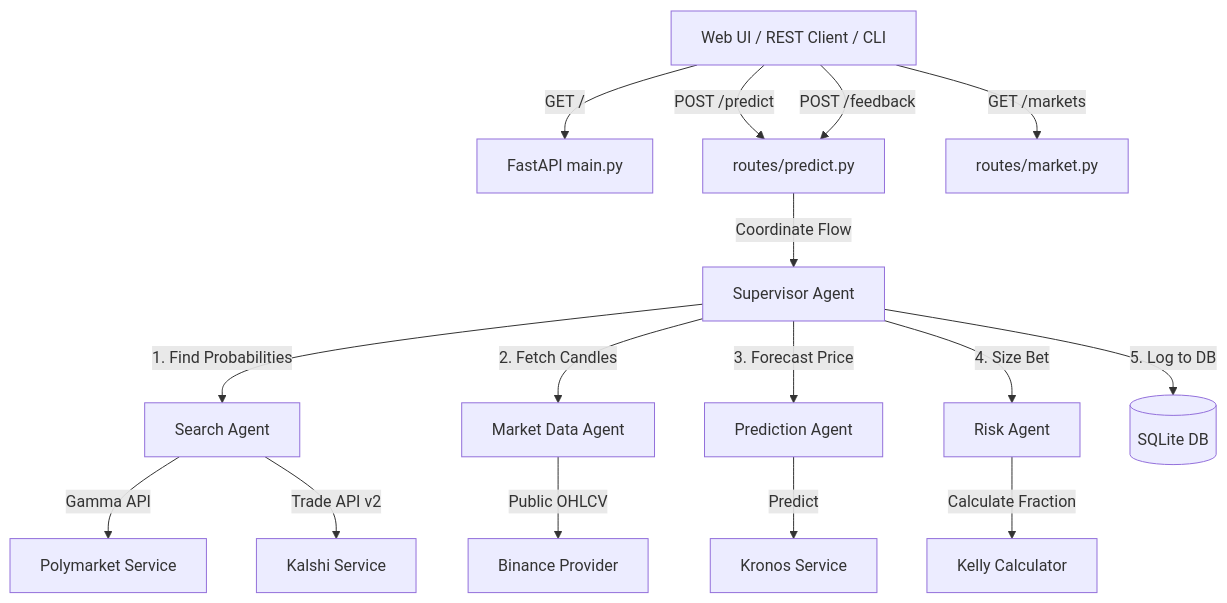
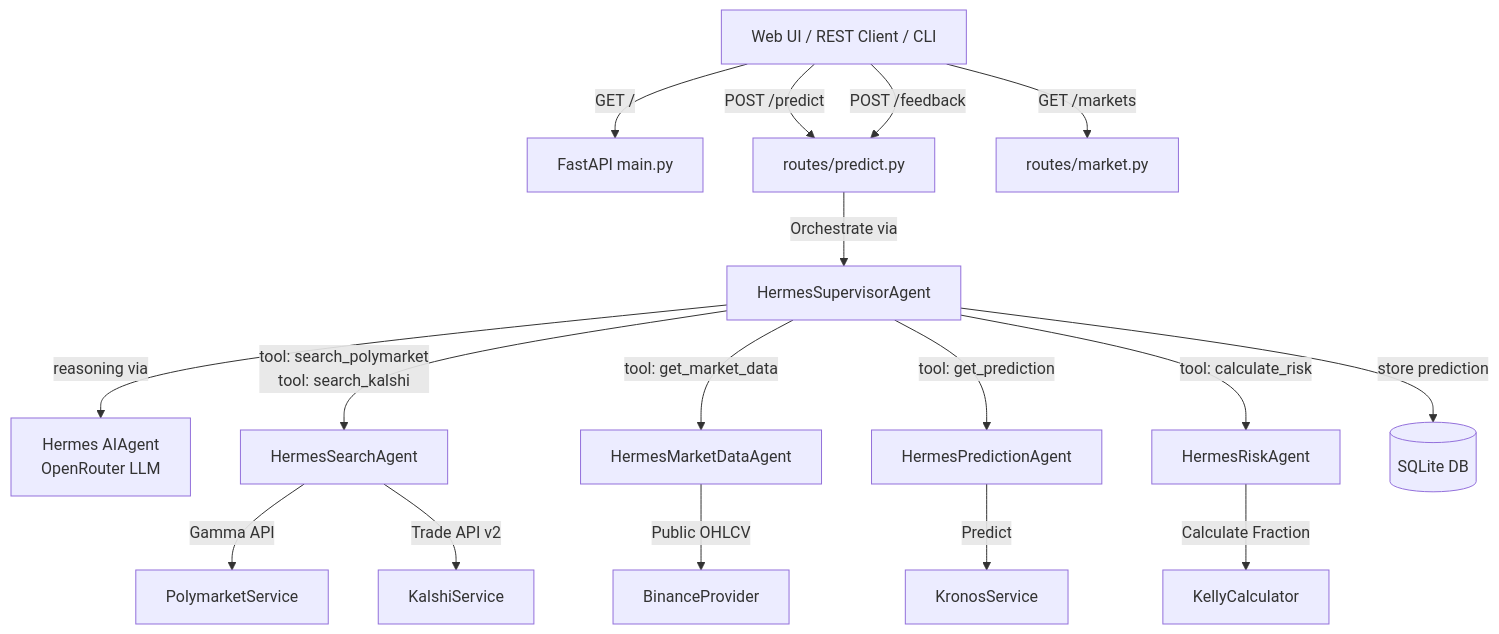
Before and after one commit to utkarshgupta188/CWT-Prediction: the diagram in ARCHITECTURE.md, drawn with Mermaid. The commit also changed other lines of this file and 25 other files, not shown here.

Commit message:
refactor: integrate Hermes Agent Framework into crypto prediction pipeline * introduce HermesSupervisorAgent for orchestration * create Hermes-registered tool wrappers for market data, prediction, risk, and search functionality * update system architecture to reflect new Hermes-based design

````diff
--- a/ARCHITECTURE.md
+++ b/ARCHITECTURE.md
@@ -11,24 +11,22 @@
 ```mermaid
 graph TD
     Client[Web UI / REST Client / CLI] -->|GET / | MainApp[FastAPI main.py]
     Client -->|POST /predict | PredictRoute[routes/predict.py]
     Client -->|GET /markets | MarketRoute[routes/market.py]
     Client -->|POST /feedback | PredictRoute
+
+    PredictRoute -->|Orchestrate via | HermesSup[HermesSupervisorAgent]
+    HermesSup -->|reasoning via| AIAgent[Hermes AIAgent<br/>OpenRouter LLM]
+    HermesSup -->|tool: search_polymarket<br/>tool: search_kalshi| Search[HermesSearchAgent]
+    HermesSup -->|tool: get_market_data| MarketData[HermesMarketDataAgent]
+    HermesSup -->|tool: get_prediction| PredictAgent[HermesPredictionAgent]
+    HermesSup -->|tool: calculate_risk| Risk[HermesRiskAgent]
     
-    PredictRoute -->|Coordinate Flow | Supervisor[Supervisor Agent]
+    Search -->|Gamma API| Polymarket[PolymarketService]
+    Search -->|Trade API v2| Kalshi[KalshiService]
+    MarketData -->|Public OHLCV| Binance[BinanceProvider]
+    PredictAgent -->|Predict| Kronos[KronosService]
+    Risk -->|Calculate Fraction| Kelly[KellyCalculator]
     
-    Supervisor -->|1. Find Probabilities | Search[Search Agent]
-    Search -->|Gamma API | Polymarket[Polymarket Service]
-    Search -->|Trade API v2 | Kalshi[Kalshi Service]
-    
-    Supervisor -->|2. Fetch Candles | MarketData[Market Data Agent]
-    MarketData -->|Public OHLCV | Binance[Binance Provider]
-    
-    Supervisor -->|3. Forecast Price | PredictAgent[Prediction Agent]
-    PredictAgent -->|Predict | Kronos[Kronos Service]
-    
-    Supervisor -->|4. Size Bet | Risk[Risk Agent]
-    Risk -->|Calculate Fraction | Kelly[Kelly Calculator]
-    
-    Supervisor -->|5. Log to DB | DB[(SQLite DB)]
+    HermesSup -->|store prediction| DB[(SQLite DB)]
 ```
````
